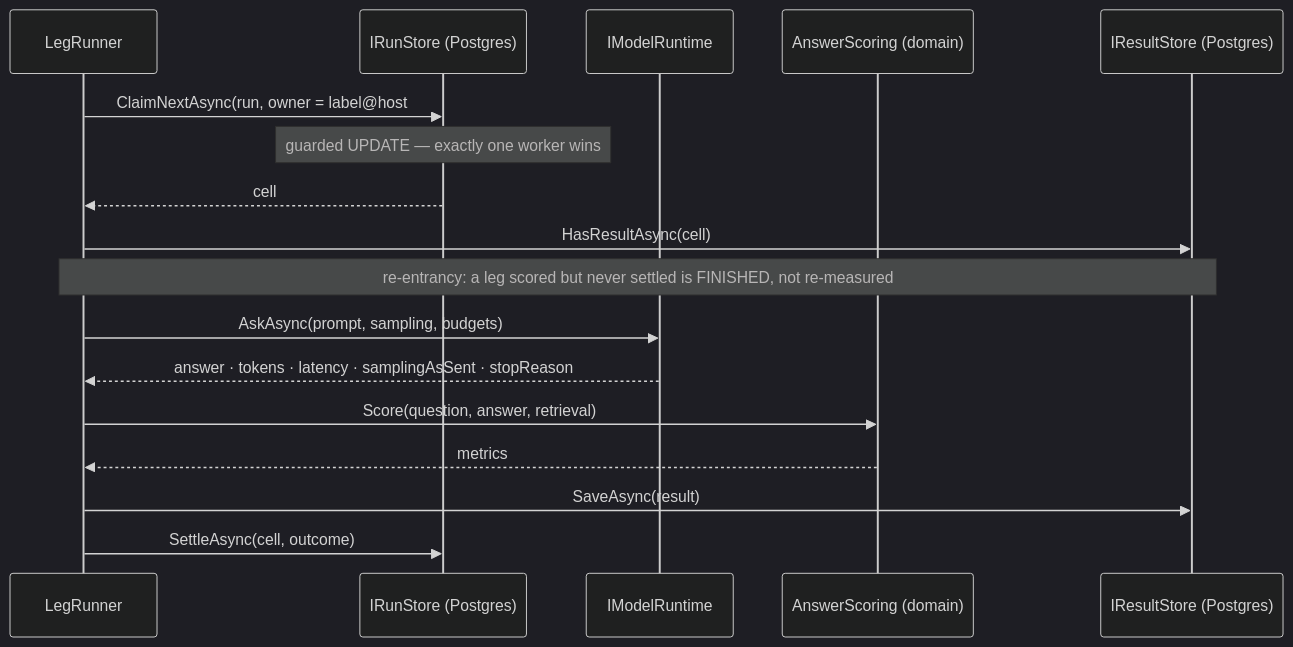
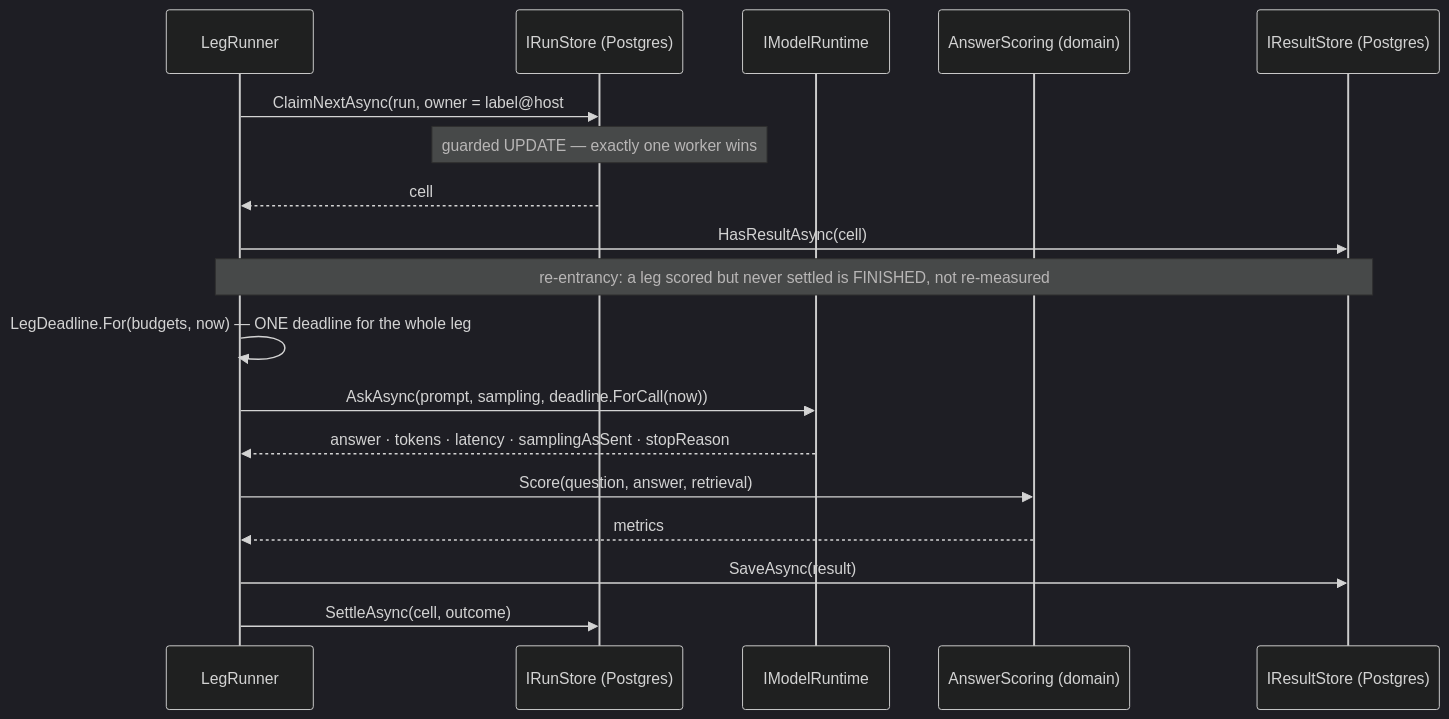
One commit to oleksandrdubyna88/dew_flow_benchmark changed the second of 2 diagrams in research/architecture.md. Above: the diagram before and after it, drawn with Mermaid (dark theme). The commit also changed other lines of this file and 27 other files, not shown here.

````diff
--- a/research/architecture.md
+++ b/research/architecture.md
@@ -103,20 +103,21 @@
 ```mermaid
 sequenceDiagram
     participant R as LegRunner
     participant S as IRunStore (Postgres)
     participant M as IModelRuntime
     participant D as AnswerScoring (domain)
     participant V as IResultStore (Postgres)
 
     R->>S: ClaimNextAsync(run, owner = label@host#pid)
     Note over S: guarded UPDATE — exactly one worker wins
     S-->>R: cell
     R->>V: HasResultAsync(cell)
     Note over R,V: re-entrancy: a leg scored but never settled is FINISHED, not re-measured
-    R->>M: AskAsync(prompt, sampling, budgets)
+    R->>R: LegDeadline.For(budgets, now) — ONE deadline for the whole leg
+    R->>M: AskAsync(prompt, sampling, deadline.ForCall(now))
     M-->>R: answer · tokens · latency · samplingAsSent · stopReason
     R->>D: Score(question, answer, retrieval)
     D-->>R: metrics
     R->>V: SaveAsync(result)
     R->>S: SettleAsync(cell, outcome)
 ```
````
